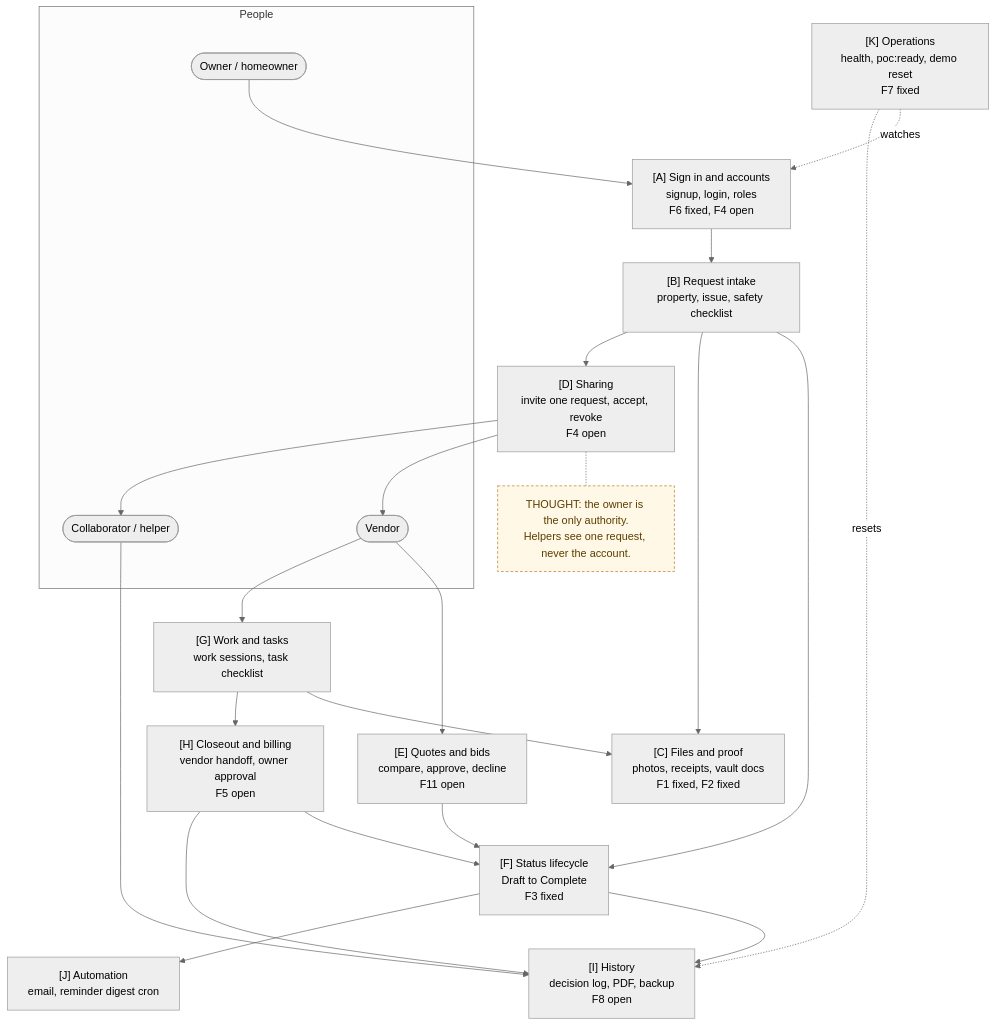
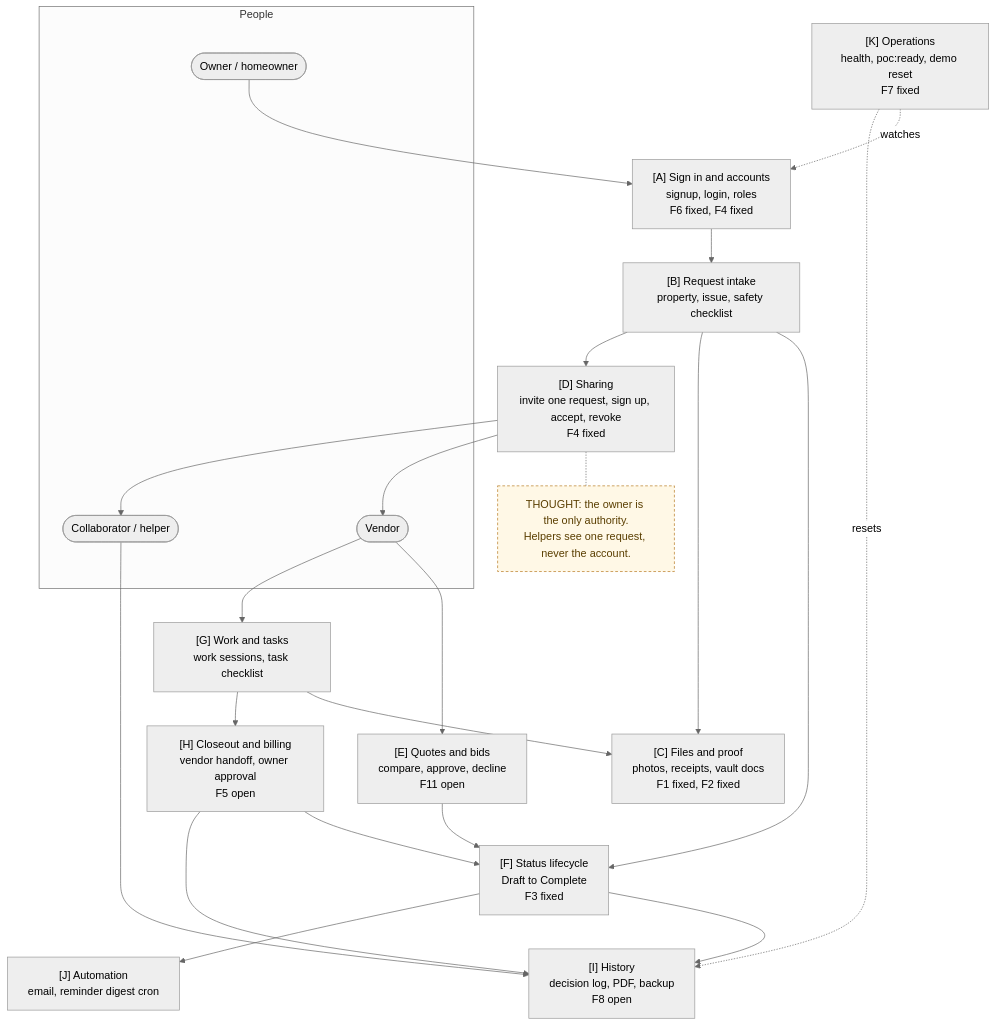
One commit to hypnoticdata777/turnflow-home changed the first of 7 diagrams in docs/00-overview/system-map.md. Above: the diagram before and after it, drawn with Mermaid (neutral theme). The commit also changed other lines of this file and 19 other files, not shown here.

First line of the commit message:
F4: let invited vendors and helpers sign up from their invite

````diff
--- a/docs/00-overview/system-map.md
+++ b/docs/00-overview/system-map.md
@@ -26,40 +26,40 @@
 ```mermaid
 flowchart TD
   subgraph People
     O([Owner / homeowner])
     V([Vendor])
     C([Collaborator / helper])
   end
 
-  A["[A] Sign in and accounts<br/>signup, login, roles<br/>F6 fixed, F4 open"]
+  A["[A] Sign in and accounts<br/>signup, login, roles<br/>F6 fixed, F4 fixed"]
   B["[B] Request intake<br/>property, issue, safety checklist"]
   Cf["[C] Files and proof<br/>photos, receipts, vault docs<br/>F1 fixed, F2 fixed"]
-  D["[D] Sharing<br/>invite one request, accept, revoke<br/>F4 open"]
+  D["[D] Sharing<br/>invite one request, sign up, accept, revoke<br/>F4 fixed"]
   E["[E] Quotes and bids<br/>compare, approve, decline<br/>F11 open"]
   F["[F] Status lifecycle<br/>Draft to Complete<br/>F3 fixed"]
   G["[G] Work and tasks<br/>work sessions, task checklist"]
   H["[H] Closeout and billing<br/>vendor handoff, owner approval<br/>F5 open"]
   I["[I] History<br/>decision log, PDF, backup<br/>F8 open"]
   J["[J] Automation<br/>email, reminder digest cron"]
   K["[K] Operations<br/>health, poc:ready, demo reset<br/>F7 fixed"]
 
   O --> A --> B --> F
   B --> Cf
   B --> D
   D --> V
   D --> C
   V --> E --> F
   V --> G --> Cf
   G --> H --> F
   H --> I
   F --> I
   F --> J
   C --> I
   K -.watches.-> A
   K -.resets.-> I
 
   T1["THOUGHT: the owner is the only authority.<br/>Helpers see one request, never the account."]:::thought
   D -.- T1
 
   classDef thought fill:#fff8e6,stroke:#b7791f,stroke-dasharray:4 3,color:#5a3e00
 ```
````
